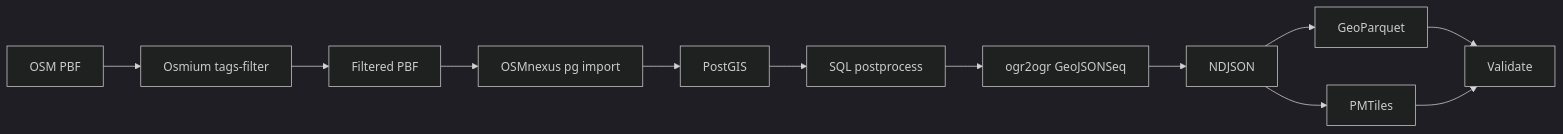
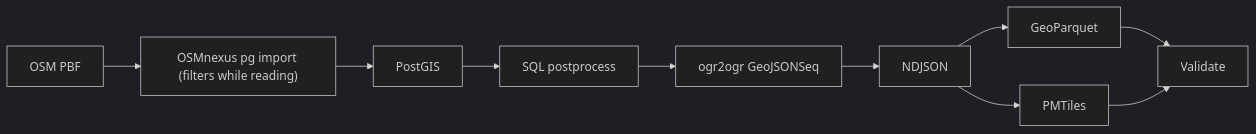
Before and after one commit to tordans/osm-processing-pipeline-comparison: the eighth of 9 diagrams in results/summary.md, drawn with Mermaid (dark theme). The commit also changed other lines of this file, not shown here.

````diff
--- a/results/summary.md
+++ b/results/summary.md
@@ -235,21 +247,19 @@
 ```mermaid
 flowchart LR
   inputPbf["OSM PBF"]
-  osmiumFilter["Osmium tags-filter"]
-  filteredPbf["Filtered PBF"]
-  osmnexusPg["OSMnexus pg import"]
+  osmnexusPg["OSMnexus pg import (filters while reading)"]
   postgis["PostGIS"]
   sqlPost["SQL postprocess"]
   ogrNdjson["ogr2ogr GeoJSONSeq"]
   ndjson["NDJSON"]
   geoParquet["GeoParquet"]
   pmtiles["PMTiles"]
   validate["Validate"]
 
-  inputPbf --> osmiumFilter --> filteredPbf --> osmnexusPg --> postgis
+  inputPbf --> osmnexusPg --> postgis
   postgis --> sqlPost --> ogrNdjson --> ndjson
   ndjson --> geoParquet
   ndjson --> pmtiles
   geoParquet --> validate
   pmtiles --> validate
 ```
````
